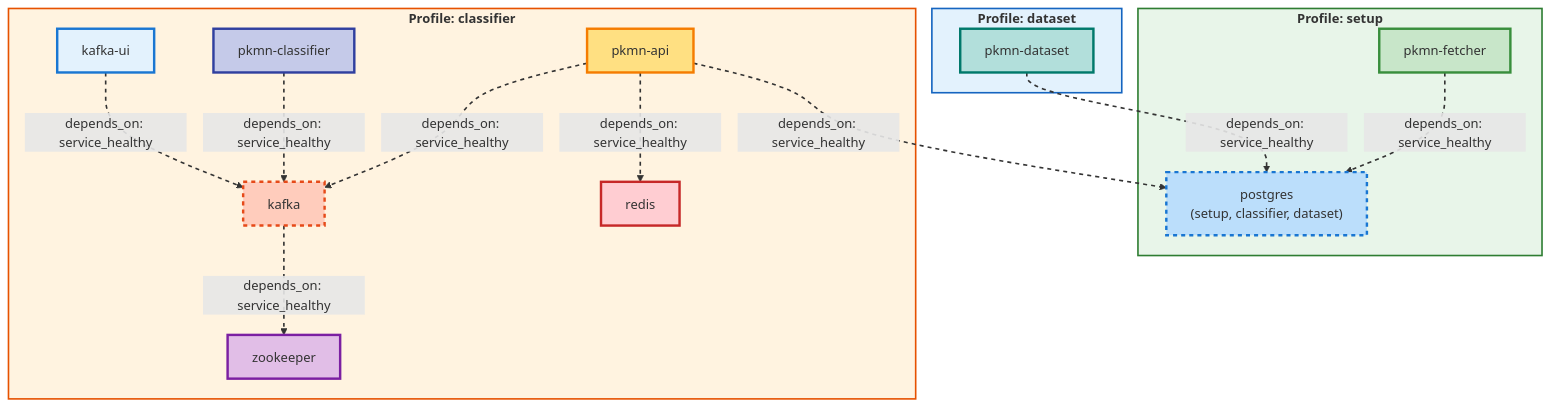
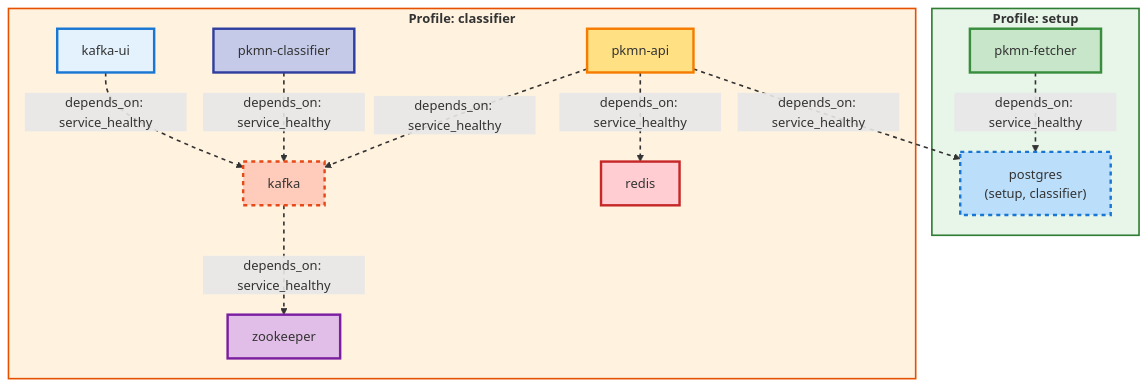
One commit to mbofos01/pokedex changed the diagram in README.md. Above: the diagram before and after it, drawn with Mermaid. The commit also changed other lines of this file, not shown here.

````diff
--- a/README.md
+++ b/README.md
@@ -8,53 +8,44 @@
 ```mermaid
 %%{init: {"theme": "default", "themeVariables": {"background":"#ffffff"}}}%%
-            graph TD
-  subgraph Profile_setup[<b>Profile: setup</b>]
-    postgres["postgres<br/>(setup, classifier, dataset)"]:::custom_postgres
-    pkmn-fetcher:::custom_pkmn-fetcher
-  end
-  subgraph Profile_classifier[<b>Profile: classifier</b>]
-    postgres["postgres<br/>(setup, classifier, dataset)"]:::custom_postgres
-    zookeeper:::custom_zookeeper
-    kafka:::custom_kafka
-    redis:::custom_redis
-    pkmn-api:::custom_pkmn-api
-    pkmn-classifier:::custom_pkmn-classifier
-    kafka-ui:::custom_kafka-ui
-  end
-  subgraph Profile_dataset[<b>Profile: dataset</b>]
-    postgres["postgres<br/>(setup, classifier, dataset)"]:::custom_postgres
-    pkmn-dataset:::custom_pkmn-dataset
-  end
-  pkmn-fetcher -->|depends_on: service_healthy| postgres
-  pkmn-dataset -->|depends_on: service_healthy| postgres
-  kafka -->|depends_on: service_healthy| zookeeper
-  pkmn-api -->|depends_on: service_healthy| postgres
-  pkmn-api -->|depends_on: service_healthy| kafka
-  pkmn-api -->|depends_on: service_healthy| redis
-  pkmn-classifier -->|depends_on: service_healthy| kafka
-  kafka-ui -->|depends_on: service_healthy| kafka
-  classDef profileService fill:#FFF9C4,stroke:#F57F17,stroke-width:2px;
-  classDef multiProfileService fill:#FFE082,stroke:#E65100,stroke-width:3px,stroke-dasharray: 5 5;
-  classDef custom_postgres fill:#BBDEFB,stroke:#1976D2,stroke-width:3px,stroke-dasharray: 5 5;
-  classDef custom_pkmn-fetcher fill:#C8E6C9,stroke:#388E3C,stroke-width:3px;
-  classDef custom_pkmn-dataset fill:#B2DFDB,stroke:#00796B,stroke-width:3px;
-  classDef custom_zookeeper fill:#E1BEE7,stroke:#7B1FA2,stroke-width:3px;
-  classDef custom_kafka fill:#FFCCBC,stroke:#E64A19,stroke-width:3px,stroke-dasharray: 5 5;
-  classDef custom_redis fill:#FFCDD2,stroke:#C62828,stroke-width:3px;
-  classDef custom_pkmn-api fill:#FFE082,stroke:#F57C00,stroke-width:3px;
-  classDef custom_pkmn-classifier fill:#C5CAE9,stroke:#303F9F,stroke-width:3px;
-  classDef custom_kafka-ui fill:#E3F2FD,stroke:#1976D2,stroke-width:3px;
-  style Profile_setup fill:#E8F5E9,stroke:#2E7D32,stroke-width:2px
-  style Profile_classifier fill:#FFF3E0,stroke:#E65100,stroke-width:2px
-  style Profile_dataset fill:#E3F2FD,stroke:#1565C0,stroke-width:2px
-  linkStyle 0 stroke-width:2px,stroke-dasharray:5 5
-  linkStyle 1 stroke-width:2px,stroke-dasharray:5 5
-  linkStyle 2 stroke-width:2px,stroke-dasharray:5 5
-  linkStyle 3 stroke-width:2px,stroke-dasharray:5 5
-  linkStyle 4 stroke-width:2px,stroke-dasharray:5 5
-  linkStyle 5 stroke-width:2px,stroke-dasharray:5 5
-  linkStyle 6 stroke-width:2px,stroke-dasharray:5 5
-  linkStyle 7 stroke-width:2px,stroke-dasharray:5 5
-
+    graph TD
+      subgraph Profile_setup[<b>Profile: setup</b>]
+        postgres["postgres<br/>(setup, classifier)"]:::custom_postgres
+        pkmn-fetcher:::custom_pkmn-fetcher
+      end
+      subgraph Profile_classifier[<b>Profile: classifier</b>]
+        postgres["postgres<br/>(setup, classifier)"]:::custom_postgres
+        zookeeper:::custom_zookeeper
+        kafka:::custom_kafka
+        redis:::custom_redis
+        pkmn-api:::custom_pkmn-api
+        pkmn-classifier:::custom_pkmn-classifier
+        kafka-ui:::custom_kafka-ui
+      end
+      pkmn-fetcher -->|depends_on: service_healthy| postgres
+      kafka -->|depends_on: service_healthy| zookeeper
+      pkmn-api -->|depends_on: service_healthy| postgres
+      pkmn-api -->|depends_on: service_healthy| kafka
+      pkmn-api -->|depends_on: service_healthy| redis
+      pkmn-classifier -->|depends_on: service_healthy| kafka
+      kafka-ui -->|depends_on: service_healthy| kafka
+      classDef profileService fill:#FFF9C4,stroke:#F57F17,stroke-width:2px;
+      classDef multiProfileService fill:#FFE082,stroke:#E65100,stroke-width:3px,stroke-dasharray: 5 5;
+      classDef custom_postgres fill:#BBDEFB,stroke:#1976D2,stroke-width:3px,stroke-dasharray: 5 5;
+      classDef custom_pkmn-fetcher fill:#C8E6C9,stroke:#388E3C,stroke-width:3px;
+      classDef custom_zookeeper fill:#E1BEE7,stroke:#7B1FA2,stroke-width:3px;
+      classDef custom_kafka fill:#FFCCBC,stroke:#E64A19,stroke-width:3px,stroke-dasharray: 5 5;
+      classDef custom_redis fill:#FFCDD2,stroke:#C62828,stroke-width:3px;
+      classDef custom_pkmn-api fill:#FFE082,stroke:#F57C00,stroke-width:3px;
+      classDef custom_pkmn-classifier fill:#C5CAE9,stroke:#303F9F,stroke-width:3px;
+      classDef custom_kafka-ui fill:#E3F2FD,stroke:#1976D2,stroke-width:3px;
+      style Profile_setup fill:#E8F5E9,stroke:#2E7D32,stroke-width:2px
+      style Profile_classifier fill:#FFF3E0,stroke:#E65100,stroke-width:2px
+      linkStyle 0 stroke-width:2px,stroke-dasharray:5 5
+      linkStyle 1 stroke-width:2px,stroke-dasharray:5 5
+      linkStyle 2 stroke-width:2px,stroke-dasharray:5 5
+      linkStyle 3 stroke-width:2px,stroke-dasharray:5 5
+      linkStyle 4 stroke-width:2px,stroke-dasharray:5 5
+      linkStyle 5 stroke-width:2px,stroke-dasharray:5 5
+      linkStyle 6 stroke-width:2px,stroke-dasharray:5 5
 
 ```
````
